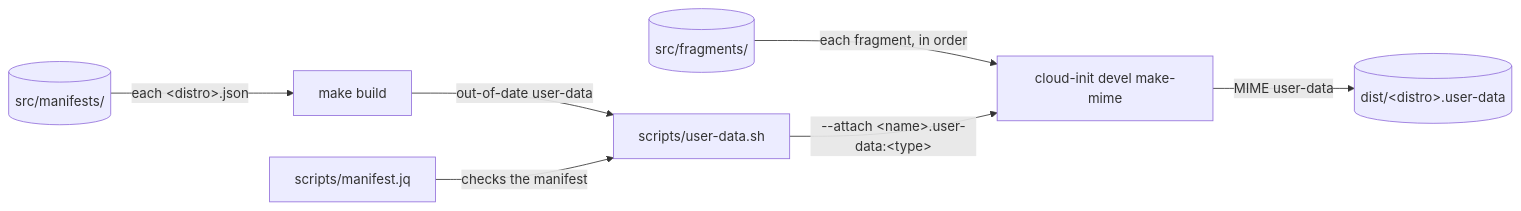
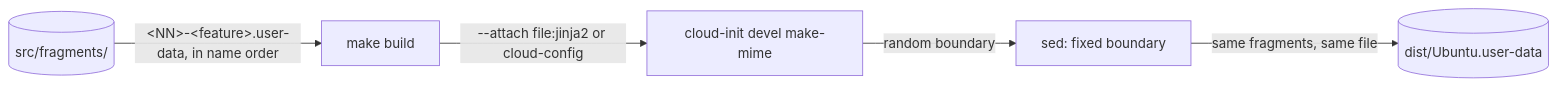
Before and after one commit to froazin/wsl: the diagram in docs/build.md, drawn with Mermaid. The commit also changed other lines of this file and 32 other files, not shown here.

First line of the commit message:
refactor(tooling): Number the fragments and release by the user-data's hash

````diff
--- a/docs/build.md
+++ b/docs/build.md
@@ -27,11 +21,9 @@
 ```mermaid
 flowchart LR
-    accTitle: How make build turns the manifests into dist
-    accDescr: make build makes a dist user-data for each manifest in src/manifests, and runs scripts/user-data.sh for each one that's out of date. The script checks the manifest with scripts/manifest.jq, then passes its fragments from src/fragments, in order, to cloud-init devel make-mime, and writes the result to dist.
-    manifests[("src/manifests/")] -->|"each #lt;distro#gt;.json"| make["make build"]
-    make -->|"out-of-date user-data"| script["scripts/user-data.sh"]
-    jq["scripts/manifest.jq"] -->|"checks the manifest"| script
-    fragments[("src/fragments/")] -->|"each fragment, in order"| mime["cloud-init devel make-mime"]
-    script -->|"--attach #lt;name#gt;.user-data:#lt;type#gt;"| mime
-    mime -->|"MIME user-data"| dist[("dist/#lt;distro#gt;.user-data")]
+    accTitle: How make build turns the fragments into the user-data
+    accDescr: make build passes every fragment in src/fragments, in file name order, to cloud-init devel make-mime as a jinja2 or cloud-config part. sed replaces make-mime's random MIME boundary with a fixed one, and the result is dist/Ubuntu.user-data.
+    fragments[("src/fragments/")] -->|"#lt;NN#gt;-#lt;feature#gt;.user-data, in name order"| make["make build"]
+    make -->|"--attach file:jinja2 or cloud-config"| mime["cloud-init devel make-mime"]
+    mime -->|"random boundary"| sed["sed: fixed boundary"]
+    sed -->|"same fragments, same file"| dist[("dist/Ubuntu.user-data")]
 ```
````
